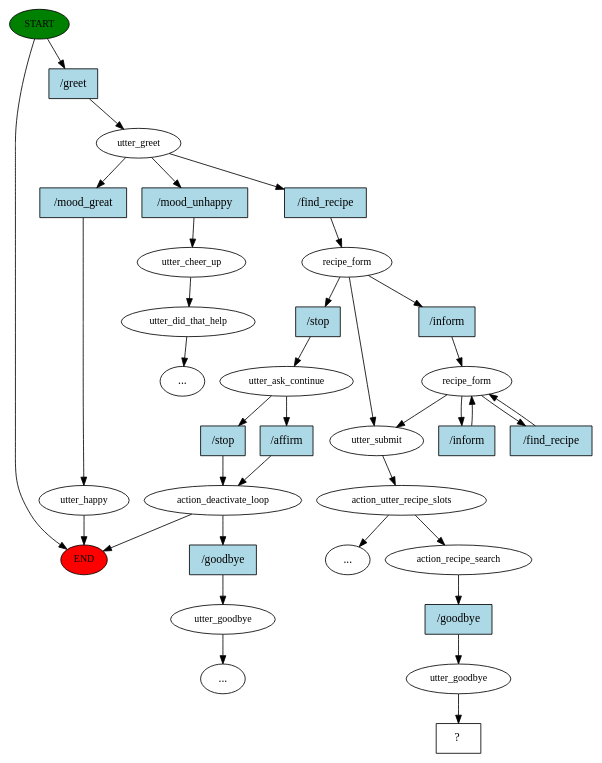
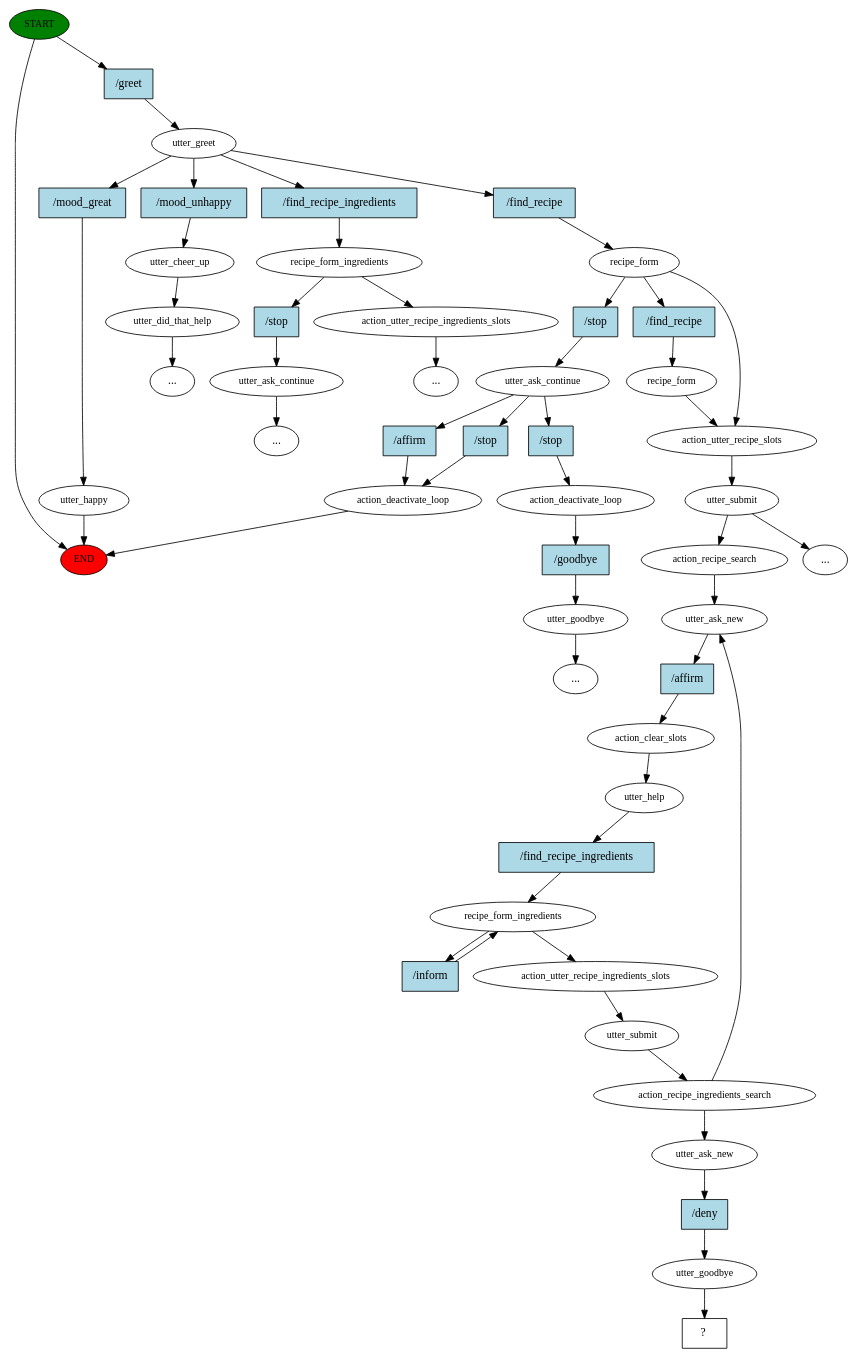
The diagram in story_graph.dot (lauren-l/HCI-chatbot), drawn with Graphviz before and after one commit. The commit also changed 246 other files, not shown here.

```diff
--- a/story_graph.dot
+++ b/story_graph.dot
@@ -1,69 +1,105 @@
 digraph  {
 0 [class="start active", fillcolor=green, fontsize=12, label=START, style=filled];
 "-1" [class=end, fillcolor=red, fontsize=12, label=END, style=filled];
 1 [class=active, fontsize=12, label=utter_greet];
-2 [class=active, fontsize=12, label=recipe_form];
-3 [class="", fontsize=12, label=utter_ask_continue];
-4 [class="", fontsize=12, label=action_deactivate_loop];
-13 [class="", fontsize=12, label=utter_goodbye];
+2 [class="", fontsize=12, label=utter_happy];
+4 [class="", fontsize=12, label=utter_cheer_up];
+5 [class="", fontsize=12, label=utter_did_that_help];
 "-4" [class=ellipsis, label="..."];
-21 [class=active, fontsize=12, label=utter_submit];
-22 [class=active, fontsize=12, label=action_utter_recipe_slots];
-"-5" [class=ellipsis, label="..."];
-24 [class="", fontsize=12, label=utter_happy];
-26 [class="", fontsize=12, label=utter_cheer_up];
-27 [class="", fontsize=12, label=utter_did_that_help];
-"-7" [class=ellipsis, label="..."];
-33 [class=active, fontsize=12, label=recipe_form];
-39 [class=active, fontsize=12, label=action_recipe_search];
-40 [class=active, fontsize=12, label=utter_goodbye];
-41 [class="intent dashed active", label="  ?  ", shape=rect];
-42 [class="intent active", fillcolor=lightblue, label="/greet", shape=rect, style=filled];
-43 [class="intent active", fillcolor=lightblue, label="/find_recipe", shape=rect, style=filled];
-44 [class=intent, fillcolor=lightblue, label="/mood_great", shape=rect, style=filled];
-45 [class=intent, fillcolor=lightblue, label="/mood_unhappy", shape=rect, style=filled];
-46 [class=intent, fillcolor=lightblue, label="/stop", shape=rect, style=filled];
-47 [class="intent active", fillcolor=lightblue, label="/inform", shape=rect, style=filled];
-48 [class=intent, fillcolor=lightblue, label="/stop", shape=rect, style=filled];
-49 [class=intent, fillcolor=lightblue, label="/affirm", shape=rect, style=filled];
-50 [class=intent, fillcolor=lightblue, label="/goodbye", shape=rect, style=filled];
-51 [class="intent active", fillcolor=lightblue, label="/find_recipe", shape=rect, style=filled];
-52 [class="intent active", fillcolor=lightblue, label="/inform", shape=rect, style=filled];
-53 [class="intent active", fillcolor=lightblue, label="/goodbye", shape=rect, style=filled];
+10 [class="", fontsize=12, label=recipe_form_ingredients];
+11 [class="", fontsize=12, label=action_utter_recipe_ingredients_slots];
+14 [class="", fontsize=12, label=utter_ask_continue];
+"-9" [class=ellipsis, label="..."];
+25 [class=active, fontsize=12, label=recipe_form];
+26 [class=active, fontsize=12, label=action_utter_recipe_slots];
+27 [class=active, fontsize=12, label=utter_submit];
+"-10" [class=ellipsis, label="..."];
+30 [class="", fontsize=12, label=utter_ask_continue];
+31 [class="", fontsize=12, label=action_deactivate_loop];
+39 [class="", fontsize=12, label=action_deactivate_loop];
+40 [class="", fontsize=12, label=utter_goodbye];
+"-11" [class=ellipsis, label="..."];
+"-12" [class=ellipsis, label="..."];
+46 [class=active, fontsize=12, label=recipe_form];
+49 [class=active, fontsize=12, label=action_recipe_search];
+50 [class=active, fontsize=12, label=utter_ask_new];
+51 [class=active, fontsize=12, label=action_clear_slots];
+52 [class=active, fontsize=12, label=utter_help];
+53 [class=active, fontsize=12, label=recipe_form_ingredients];
+56 [class=active, fontsize=12, label=action_utter_recipe_ingredients_slots];
+57 [class=active, fontsize=12, label=utter_submit];
+58 [class=active, fontsize=12, label=action_recipe_ingredients_search];
+68 [class=active, fontsize=12, label=utter_ask_new];
+69 [class=active, fontsize=12, label=utter_goodbye];
+70 [class="intent dashed active", label="  ?  ", shape=rect];
+71 [class="intent active", fillcolor=lightblue, label="/greet", shape=rect, style=filled];
+72 [class=intent, fillcolor=lightblue, label="/mood_great", shape=rect, style=filled];
+73 [class=intent, fillcolor=lightblue, label="/mood_unhappy", shape=rect, style=filled];
+74 [class=intent, fillcolor=lightblue, label="/find_recipe_ingredients", shape=rect, style=filled];
+75 [class="intent active", fillcolor=lightblue, label="/find_recipe", shape=rect, style=filled];
+76 [class=intent, fillcolor=lightblue, label="/stop", shape=rect, style=filled];
+77 [class=intent, fillcolor=lightblue, label="/stop", shape=rect, style=filled];
+78 [class="intent active", fillcolor=lightblue, label="/find_recipe", shape=rect, style=filled];
+79 [class=intent, fillcolor=lightblue, label="/stop", shape=rect, style=filled];
+80 [class=intent, fillcolor=lightblue, label="/affirm", shape=rect, style=filled];
+81 [class=intent, fillcolor=lightblue, label="/stop", shape=rect, style=filled];
+82 [class=intent, fillcolor=lightblue, label="/goodbye", shape=rect, style=filled];
+83 [class="intent active", fillcolor=lightblue, label="/affirm", shape=rect, style=filled];
+84 [class="intent active", fillcolor=lightblue, label="/find_recipe_ingredients", shape=rect, style=filled];
+85 [class="intent active", fillcolor=lightblue, label="/inform", shape=rect, style=filled];
+86 [class="intent active", fillcolor=lightblue, label="/deny", shape=rect, style=filled];
 0 -> "-1"  [class="", key=NONE, label=""];
-0 -> 42  [class=active, key=0];
-1 -> 43  [class=active, key=0];
-1 -> 44  [class="", key=0];
-1 -> 45  [class="", key=0];
-2 -> 21  [class="", key=NONE, label=""];
-2 -> 46  [class="", key=0];
-2 -> 47  [class=active, key=0];
-3 -> 48  [class="", key=0];
-3 -> 49  [class="", key=0];
-4 -> "-1"  [class="", key=NONE, label=""];
-4 -> 50  [class="", key=0];
-13 -> "-4"  [class="", key=NONE, label=""];
-21 -> 22  [class=active, key=NONE, label=""];
-22 -> "-5"  [class="", key=NONE, label=""];
-22 -> 39  [class=active, key=NONE, label=""];
-24 -> "-1"  [class="", key=NONE, label=""];
-26 -> 27  [class="", key=NONE, label=""];
-27 -> "-7"  [class="", key=NONE, label=""];
-33 -> 21  [class=active, key=NONE, label=""];
-33 -> 51  [class=active, key=0];
-33 -> 52  [class=active, key=0];
-39 -> 53  [class=active, key=0];
-40 -> 41  [class=active, key=NONE, label=""];
-42 -> 1  [class=active, key=0];
-43 -> 2  [class=active, key=0];
-44 -> 24  [class="", key=0];
-45 -> 26  [class="", key=0];
-46 -> 3  [class="", key=0];
-47 -> 33  [class=active, key=0];
-48 -> 4  [class="", key=0];
-49 -> 4  [class="", key=0];
-50 -> 13  [class="", key=0];
-51 -> 33  [class=active, key=0];
-52 -> 33  [class=active, key=0];
-53 -> 40  [class=active, key=0];
+0 -> 71  [class=active, key=0];
+1 -> 72  [class="", key=0];
+1 -> 73  [class="", key=0];
+1 -> 74  [class="", key=0];
+1 -> 75  [class=active, key=0];
+2 -> "-1"  [class="", key=NONE, label=""];
+4 -> 5  [class="", key=NONE, label=""];
+5 -> "-4"  [class="", key=NONE, label=""];
+10 -> 11  [class="", key=NONE, label=""];
+10 -> 76  [class="", key=0];
+11 -> "-12"  [class="", key=NONE, label=""];
+14 -> "-9"  [class="", key=NONE, label=""];
+25 -> 26  [class="", key=NONE, label=""];
+25 -> 77  [class="", key=0];
+25 -> 78  [class=active, key=0];
+26 -> 27  [class=active, key=NONE, label=""];
+27 -> "-10"  [class="", key=NONE, label=""];
+27 -> 49  [class=active, key=NONE, label=""];
+30 -> 79  [class="", key=0];
+30 -> 80  [class="", key=0];
+30 -> 81  [class="", key=0];
+31 -> "-1"  [class="", key=NONE, label=""];
+39 -> 82  [class="", key=0];
+40 -> "-11"  [class="", key=NONE, label=""];
+46 -> 26  [class=active, key=NONE, label=""];
+49 -> 50  [class=active, key=NONE, label=""];
+50 -> 83  [class=active, key=0];
+51 -> 52  [class=active, key=NONE, label=""];
+52 -> 84  [class=active, key=0];
+53 -> 56  [class=active, key=NONE, label=""];
+53 -> 85  [class=active, key=0];
+56 -> 57  [class=active, key=NONE, label=""];
+57 -> 58  [class=active, key=NONE, label=""];
+58 -> 50  [class=active, key=NONE, label=""];
+58 -> 68  [class=active, key=NONE, label=""];
+68 -> 86  [class=active, key=0];
+69 -> 70  [class=active, key=NONE, label=""];
+71 -> 1  [class=active, key=0];
+72 -> 2  [class="", key=0];
+73 -> 4  [class="", key=0];
+74 -> 10  [class="", key=0];
+75 -> 25  [class=active, key=0];
+76 -> 14  [class="", key=0];
+77 -> 30  [class="", key=0];
+78 -> 46  [class=active, key=0];
+79 -> 31  [class="", key=0];
+80 -> 31  [class="", key=0];
+81 -> 39  [class="", key=0];
+82 -> 40  [class="", key=0];
+83 -> 51  [class=active, key=0];
+84 -> 53  [class=active, key=0];
+85 -> 53  [class=active, key=0];
+86 -> 69  [class=active, key=0];
 }
```
